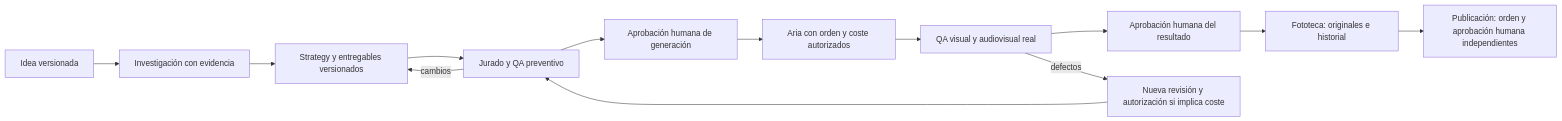
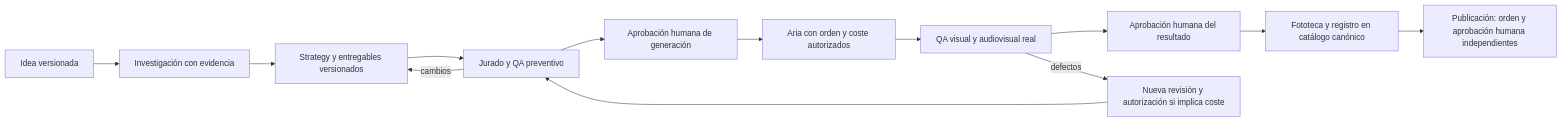
One commit to xlordzocox-cyber/Raxisocialmedia changed the diagram in docs/RAXI_HQ_CREATIVE_QA_PROPOSAL.md. Above: the diagram before and after it, drawn with Mermaid. The commit also changed other lines of this file and 1 other file, not shown here.

````diff
--- a/docs/RAXI_HQ_CREATIVE_QA_PROPOSAL.md
+++ b/docs/RAXI_HQ_CREATIVE_QA_PROPOSAL.md
@@ -17,15 +17,15 @@
 ```mermaid
 flowchart LR
  I[Idea versionada] --> R[Investigación con evidencia]
  R --> S[Strategy y entregables versionados]
  S --> J[Jurado y QA preventivo]
  J --> H[Aprobación humana de generación]
  H --> A[Aria con orden y coste autorizados]
  A --> Q[QA visual y audiovisual real]
  Q --> F[Aprobación humana del resultado]
- F --> L[Fototeca: originales e historial]
+ F --> L[Fototeca y registro en catálogo canónico]
  J -->|cambios| S
  Q -->|defectos| V[Nueva revisión y autorización si implica coste]
  V --> J
  L --> P[Publicación: orden y aprobación humana independientes]
 ```
````
